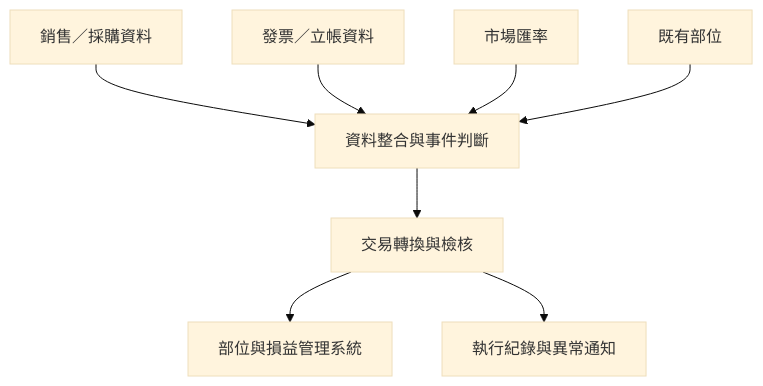
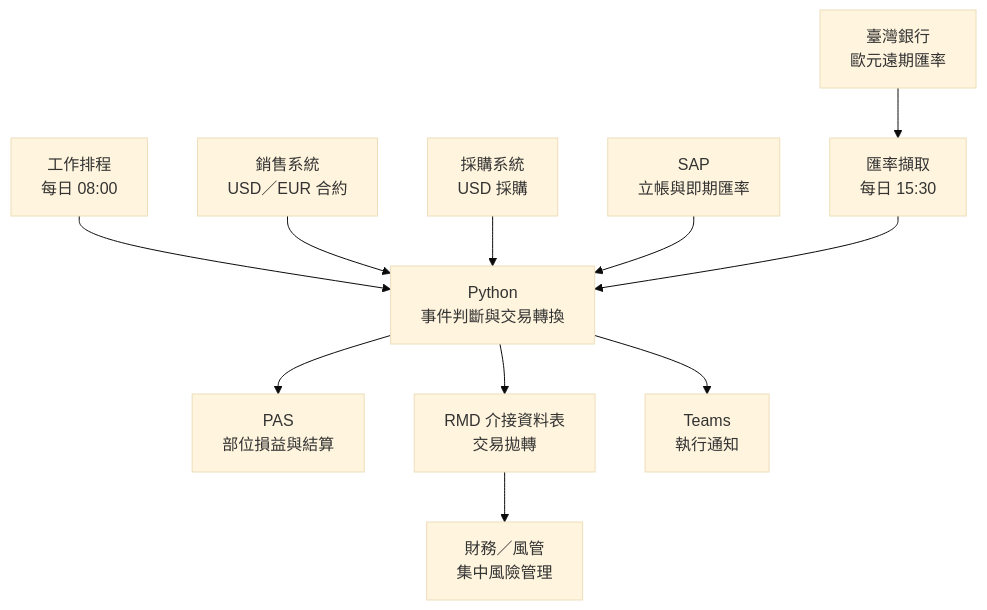
Before and after one commit to ChienChienChien/FX_Hedging_Automation: the diagram in README_ZH-TW.md, drawn with Mermaid (base theme). The commit also changed other lines of this file, not shown here.

````diff
--- a/README_ZH-TW.md
+++ b/README_ZH-TW.md
@@ -49,10 +62,20 @@
 ```mermaid
 flowchart TB
-    A["銷售／採購資料"] --> E["資料整合與事件判斷"]
-    B["發票／立帳資料"] --> E
-    C["市場匯率"] --> E
-    D["既有部位"] --> E
-    E --> F["交易轉換與檢核"]
-    F --> G["部位與損益管理系統"]
-    F --> H["執行紀錄與異常通知"]
+    A["銷售系統<br/>USD／EUR 合約"]
+    B["採購系統<br/>USD 採購"]
+    C["SAP<br/>立帳與即期匯率"]
+    D["臺灣銀行<br/>歐元遠期匯率"]
+
+    D --> E["匯率擷取<br/>每日 15:30"]
+
+    G["工作排程<br/>每日 08:00"] --> F["Python<br/>事件判斷與交易轉換"]
+    A --> F
+    B --> F
+    C --> F
+    E --> F
+
+    F --> H["PAS<br/>部位損益與結算"]
+    F --> I["RMD 介接資料表<br/>交易拋轉"]
+    I --> J["財務／風管<br/>集中風險管理"]
+    F --> K["Teams<br/>執行通知"]
 ```
````
